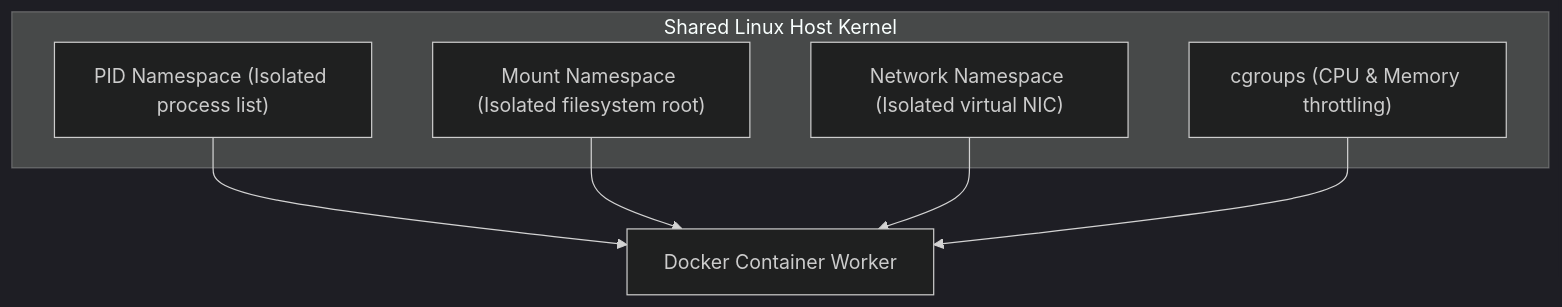
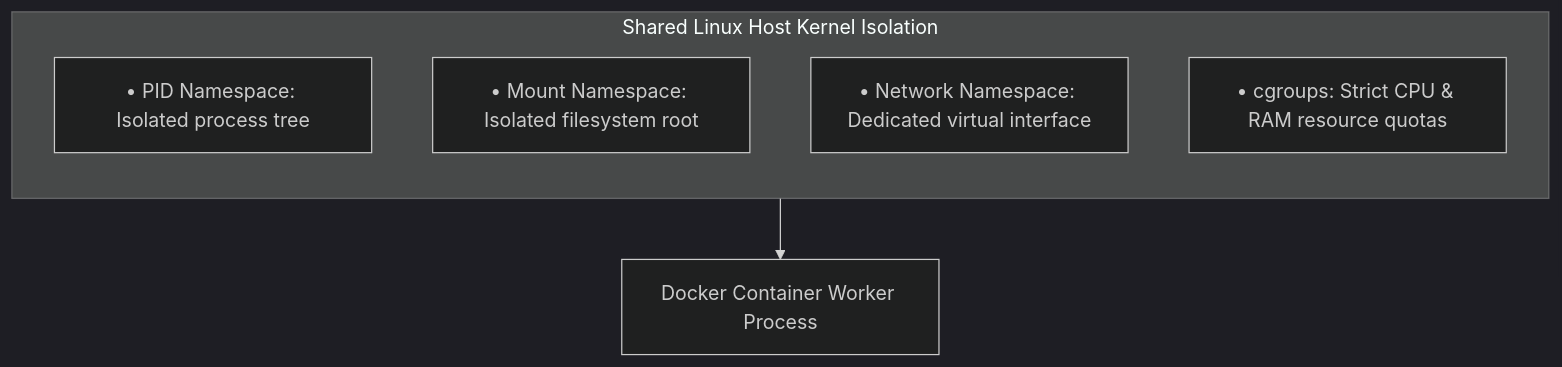
Before and after one commit to naimurhasan/naimurhasan.github.io: the third of 4 diagrams in _posts/2026-11-17-browser-sandbox-vs-container-vs-virtual-machine.md, drawn with Mermaid (dark theme). The commit also changed other lines of this file and 28 other files, not shown here.

Commit message:
fix(blog): refactor all Mermaid diagrams to vertical legible layouts and restore in-body illustrations

````diff
--- a/_posts/2026-11-17-browser-sandbox-vs-container-vs-virtual-machine.md
+++ b/_posts/2026-11-17-browser-sandbox-vs-container-vs-virtual-machine.md
@@ -69,10 +71,11 @@
 ```mermaid
 flowchart TD
-  subgraph HostKernel ["Shared Linux Host Kernel"]
-    N1["PID Namespace (Isolated process list)"]
-    N2["Mount Namespace (Isolated filesystem root)"]
-    N3["Network Namespace (Isolated virtual NIC)"]
-    N4["cgroups (CPU & Memory throttling)"]
+  subgraph HostKernel ["Shared Linux Host Kernel Isolation"]
+    direction TB
+    N1["• PID Namespace: Isolated process tree"]
+    N2["• Mount Namespace: Isolated filesystem root"]
+    N3["• Network Namespace: Dedicated virtual interface"]
+    N4["• cgroups: Strict CPU & RAM resource quotas"]
   end
-  N1 & N2 & N3 & N4 --> Container["Docker Container Worker"]
+  HostKernel --> Container["Docker Container Worker Process"]
 ```
````
